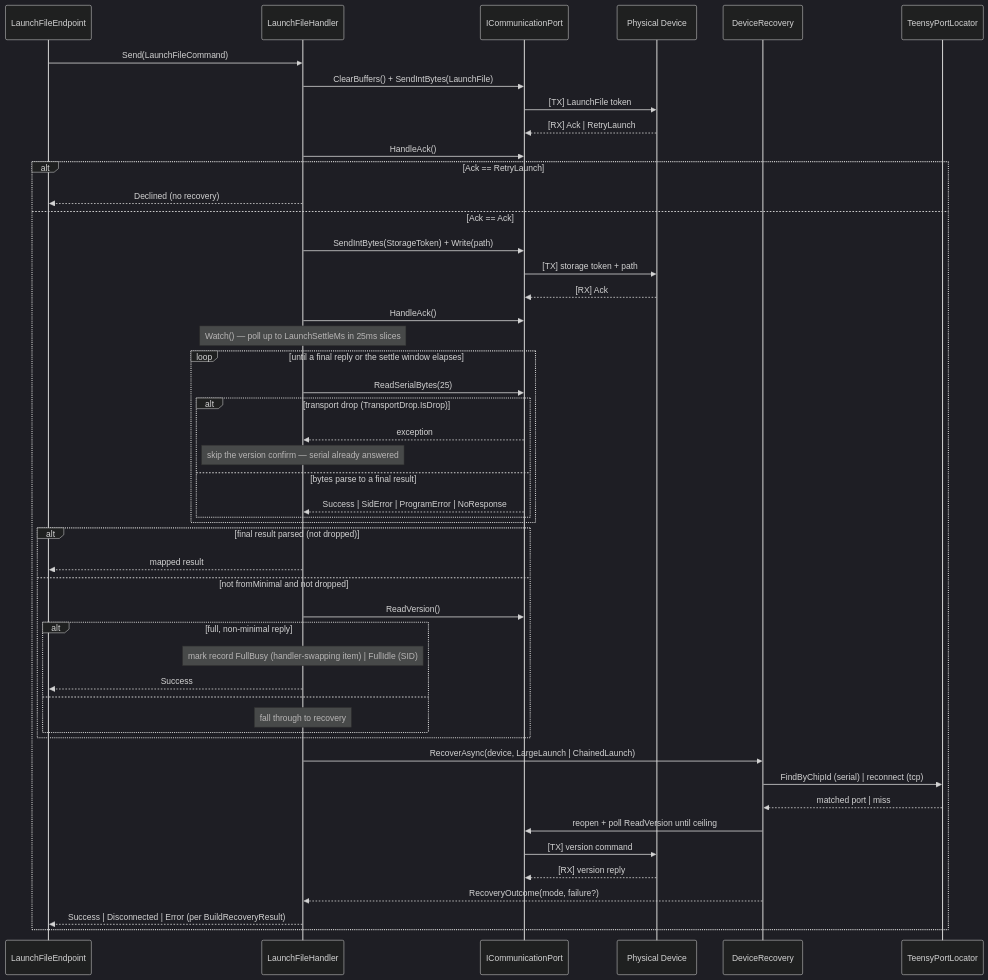
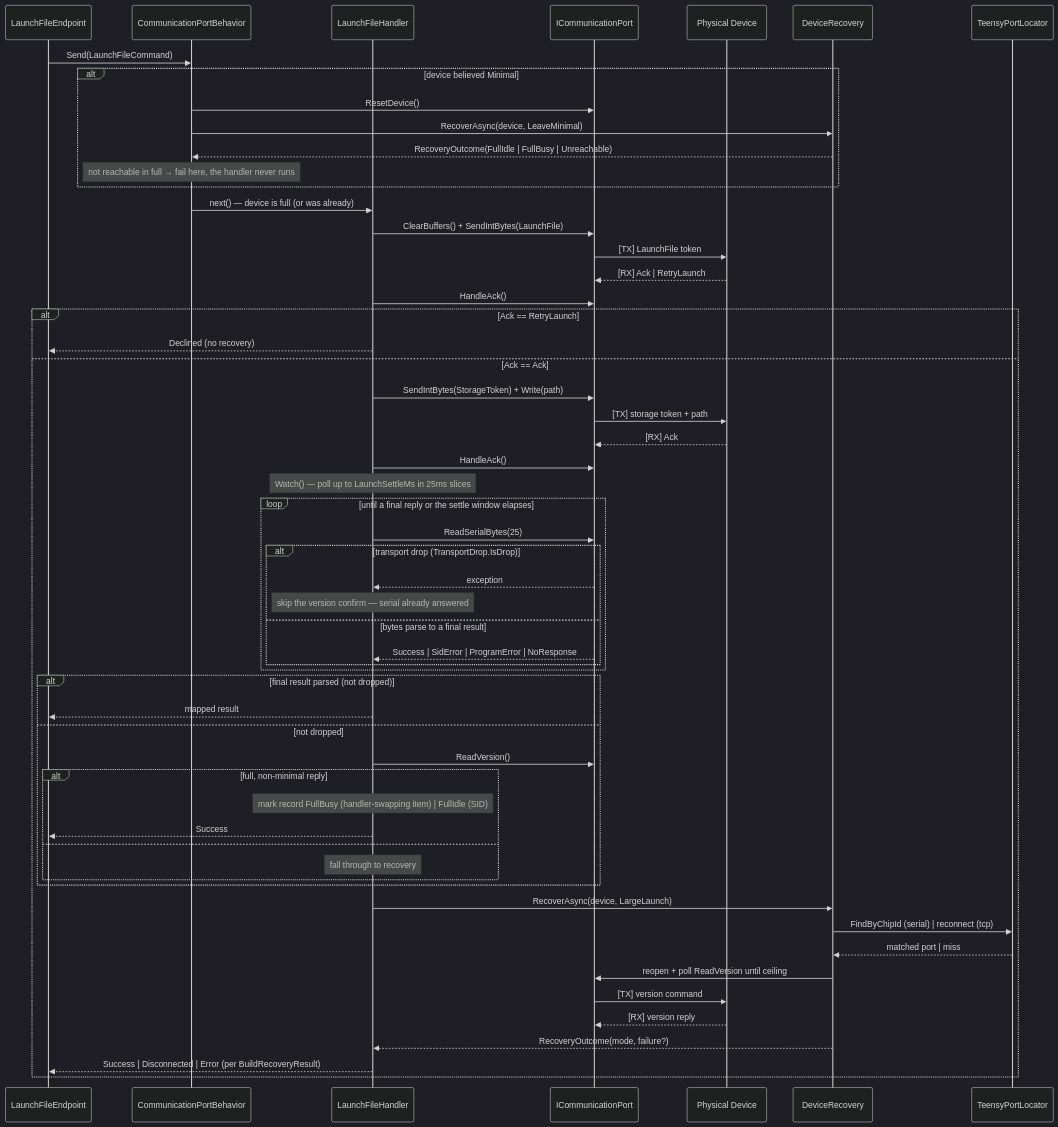
One commit to MetalHexx/TeensyROM-Web changed the third of 4 diagrams in src/.claude/skills/backend-architecture/references/BACKEND_ARCHITECTURE.md. Above: the diagram before and after it, drawn with Mermaid. The commit also changed other lines of this file and 3 other files, not shown here.

First line of the commit message:
test(CONNECTION-2-TASK-P06-T03): re-evidence the reset-and-recover path on stock firmware

````diff
--- a/src/.claude/skills/backend-architecture/references/BACKEND_ARCHITECTURE.md
+++ b/src/.claude/skills/backend-architecture/references/BACKEND_ARCHITECTURE.md
@@ -441,57 +441,67 @@
 ```mermaid
 %%{init: {'theme': 'dark', 'primaryColor': '#5a2c6b', 'primaryBorderColor': '#7d3fa3', 'primaryTextColor': '#fff', 'secondaryColor': '#0066cc', 'secondaryBorderColor': '#0052a3', 'tertiaryColor': '#2d7a3e', 'tertiaryBorderColor': '#1f5a2e', 'lineColor': '#b3b3b3', 'tertiaryTextColor': '#fff'}}%%
 sequenceDiagram
     participant EP as LaunchFileEndpoint
+    participant G as CommunicationPortBehavior
     participant H as LaunchFileHandler
     participant P as ICommunicationPort
     participant D as Physical Device
     participant R as DeviceRecovery
     participant L as TeensyPortLocator
 
-    EP->>H: Send(LaunchFileCommand)
+    EP->>G: Send(LaunchFileCommand)
+
+    alt device believed Minimal
+        G->>P: ResetDevice()
+        G->>R: RecoverAsync(device, LeaveMinimal)
+        R-->>G: RecoveryOutcome(FullIdle | FullBusy | Unreachable)
+        Note over G: not reachable in full → fail here, the handler never runs
+    end
+
+    G->>H: next() — device is full (or was already)
     H->>P: ClearBuffers() + SendIntBytes(LaunchFile)
     P->>D: [TX] LaunchFile token
     D-->>P: [RX] Ack | RetryLaunch
     H->>P: HandleAck()
 
     alt Ack == RetryLaunch
         H-->>EP: Declined (no recovery)
     else Ack == Ack
         H->>P: SendIntBytes(StorageToken) + Write(path)
         P->>D: [TX] storage token + path
         D-->>P: [RX] Ack
         H->>P: HandleAck()
 
         Note over H: Watch() — poll up to LaunchSettleMs in 25ms slices
         loop until a final reply or the settle window elapses
             H->>P: ReadSerialBytes(25)
             alt transport drop (TransportDrop.IsDrop)
                 P-->>H: exception
                 Note over H: skip the version confirm — serial already answered
             else bytes parse to a final result
                 P-->>H: Success | SidError | ProgramError | NoResponse
             end
         end
 
         alt final result parsed (not dropped)
             H-->>EP: mapped result
-        else not fromMinimal and not dropped
+        else not dropped
             H->>P: ReadVersion()
             alt full, non-minimal reply
                 Note over H: mark record FullBusy (handler-swapping item) | FullIdle (SID)
                 H-->>EP: Success
             else
                 Note over H: fall through to recovery
             end
         end
 
-        H->>R: RecoverAsync(device, LargeLaunch | ChainedLaunch)
+        H->>R: RecoverAsync(device, LargeLaunch)
         R->>L: FindByChipId (serial) | reconnect (tcp)
         L-->>R: matched port | miss
         R->>P: reopen + poll ReadVersion until ceiling
         P->>D: [TX] version command
         D-->>P: [RX] version reply
         R-->>H: RecoveryOutcome(mode, failure?)
         H-->>EP: Success | Disconnected | Error (per BuildRecoveryResult)
     end
 ```
````
